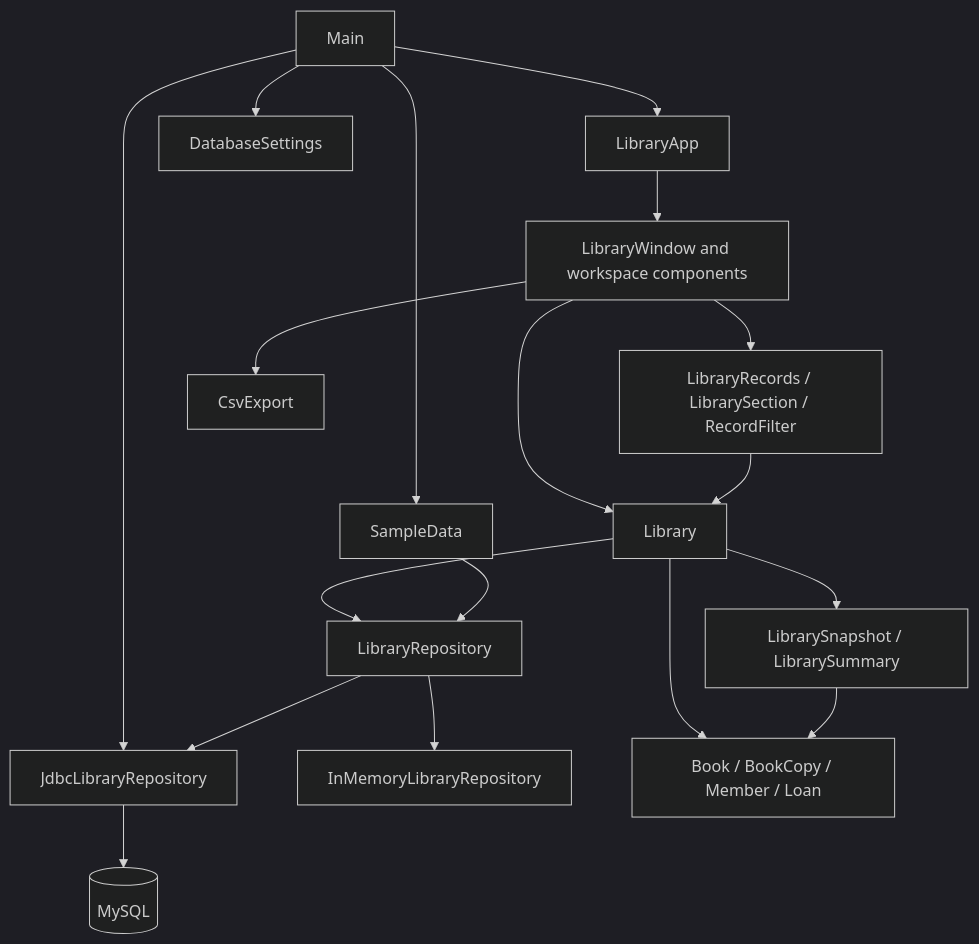
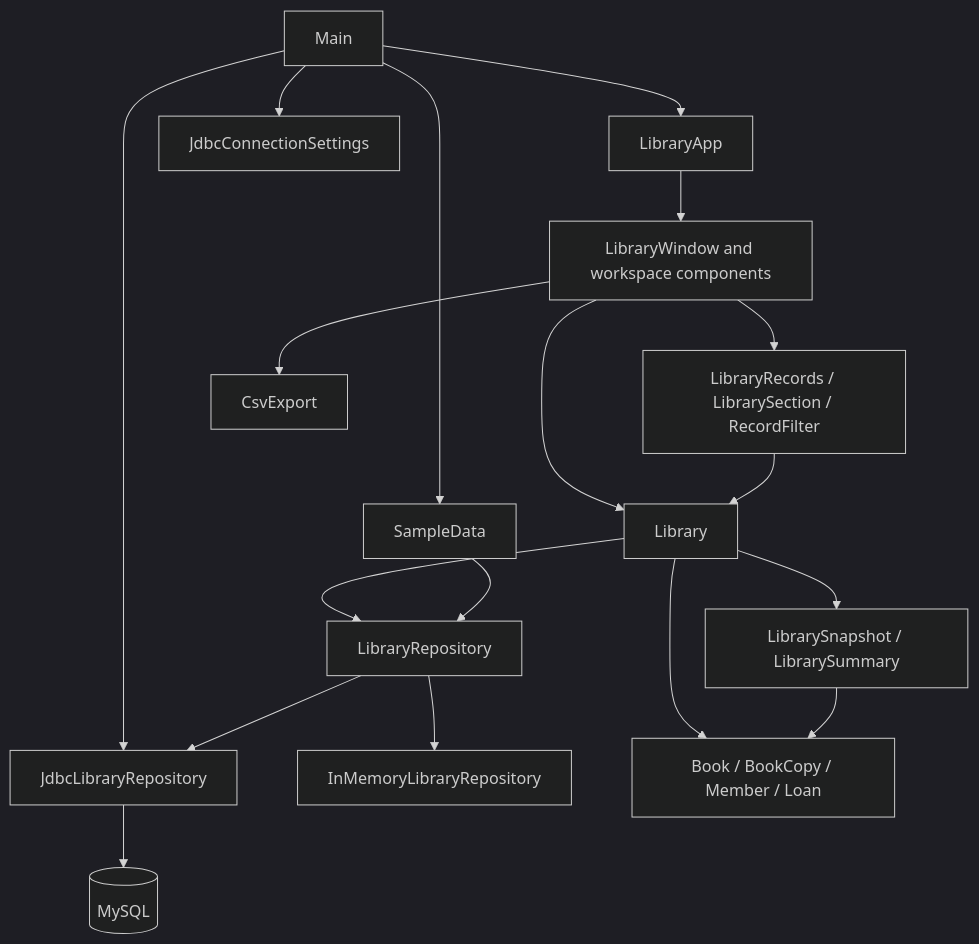
Before and after one commit to danielTongu/library-management-system: the diagram in docs/architecture.md, drawn with Mermaid (dark theme). The commit also changed 4 other files, not shown here.

Commit message:
Renamed to JdbcConnectionSettings throughout the code, checks, and documentation.

````diff
--- a/docs/architecture.md
+++ b/docs/architecture.md
@@ -12,20 +12,20 @@
 ```mermaid
 flowchart TB
     Main --> LibraryApp
     Main --> SampleData
-    Main --> DatabaseSettings
+    Main --> JdbcConnectionSettings
     Main --> JDBC[JdbcLibraryRepository]
     LibraryApp --> UI[LibraryWindow and workspace components]
     UI --> Library
     UI --> Rows[LibraryRecords / LibrarySection / RecordFilter]
     UI --> CSV[CsvExport]
     Rows --> Library
     Library --> Snapshot[LibrarySnapshot / LibrarySummary]
     Library --> Contract[LibraryRepository]
     Contract --> Memory[InMemoryLibraryRepository]
     Contract --> JDBC
     JDBC --> DB[(MySQL)]
     Library --> Model[Book / BookCopy / Member / Loan]
     Snapshot --> Model
     SampleData --> Contract
 ```
````
